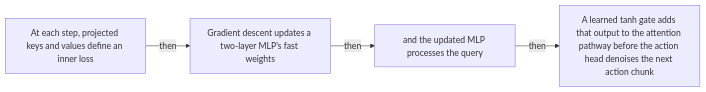
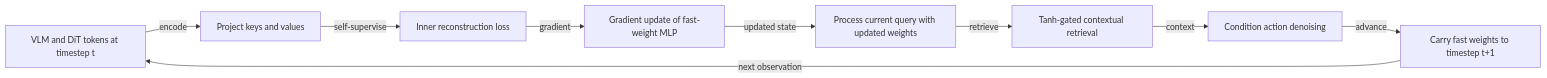
One commit to Betancourt1/paper_atlas changed diagram 15 of 48 in docs/visual-manifests/VISUAL_MANIFEST_ROBOTT.md. Above: the diagram before and after it, drawn with Mermaid. The commit also changed other lines of this file and 7 other files, not shown here.

````diff
--- a/docs/visual-manifests/VISUAL_MANIFEST_ROBOTT.md
+++ b/docs/visual-manifests/VISUAL_MANIFEST_ROBOTT.md
@@ -1260,10 +1209,19 @@
 ```mermaid
 flowchart LR
-  n1["At each step, projected keys and values define an inner loss"]
-  n2["Gradient descent updates a two-layer MLP's fast weights"]
-  n3["and the updated MLP processes the query"]
-  n4["A learned tanh gate adds that output to the attention pathway before the action head denoises the next action chunk"]
-  n1 -->|"then"| n2
-  n2 -->|"then"| n3
-  n3 -->|"then"| n4
+  inputs["VLM and DiT tokens at timestep t"]
+  kv["Project keys and values"]
+  loss["Inner reconstruction loss"]
+  update["Gradient update of fast-weight MLP"]
+  query["Process current query with updated weights"]
+  gate["Tanh-gated contextual retrieval"]
+  action["Condition action denoising"]
+  carry["Carry fast weights to timestep t+1"]
+  inputs -->|"encode"| kv
+  kv -->|"self-supervise"| loss
+  loss -->|"gradient"| update
+  update -->|"updated state"| query
+  query -->|"retrieve"| gate
+  gate -->|"context"| action
+  action -->|"advance"| carry
+  carry -->|"next observation"| inputs
 ```
````
